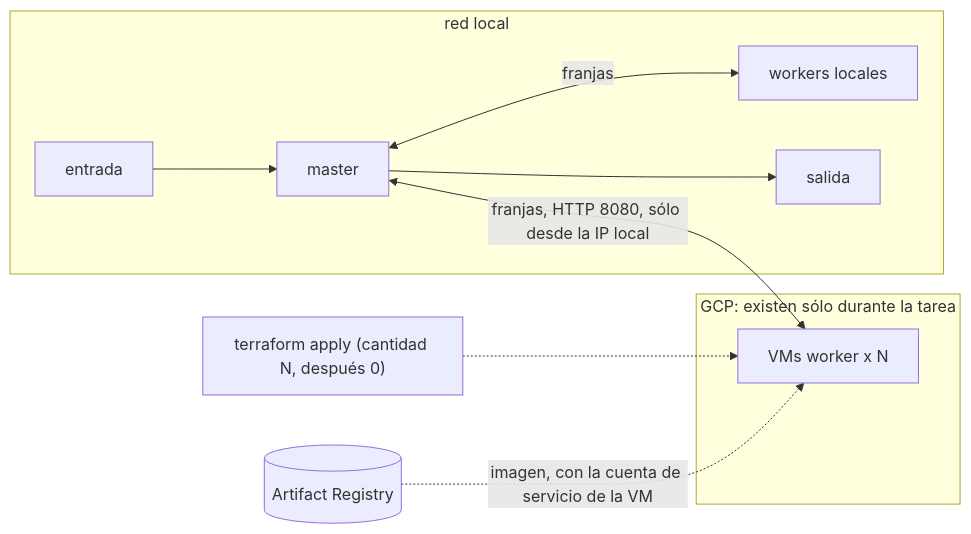
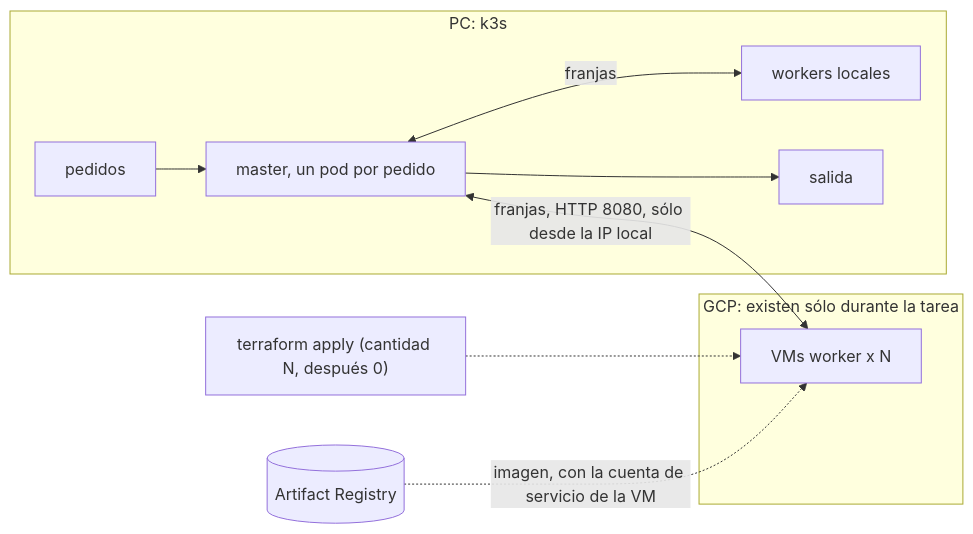
Before and after one commit to chimera-sdypp/sdypp_tp3: the diagram in hit2/README.md, drawn with Mermaid. The commit also changed other lines of this file and 14 other files, not shown here.

````diff
--- a/hit2/README.md
+++ b/hit2/README.md
@@ -12,14 +17,14 @@
 ```mermaid
 flowchart LR
-    subgraph local["red local"]
-        E[entrada] --> M[master]
+    subgraph local["PC: k3s"]
+        E[pedidos] --> M[master, un pod por pedido]
         M <-->|franjas| WL[workers locales]
         M --> S[salida]
     end
     subgraph nube["GCP: existen sólo durante la tarea"]
         WN[VMs worker x N]
     end
     M <-->|"franjas, HTTP 8080, sólo desde la IP local"| WN
     T["terraform apply (cantidad N, después 0)"] -.-> WN
     AR[(Artifact Registry)] -.->|imagen, con la cuenta de servicio de la VM| WN
 ```
````
